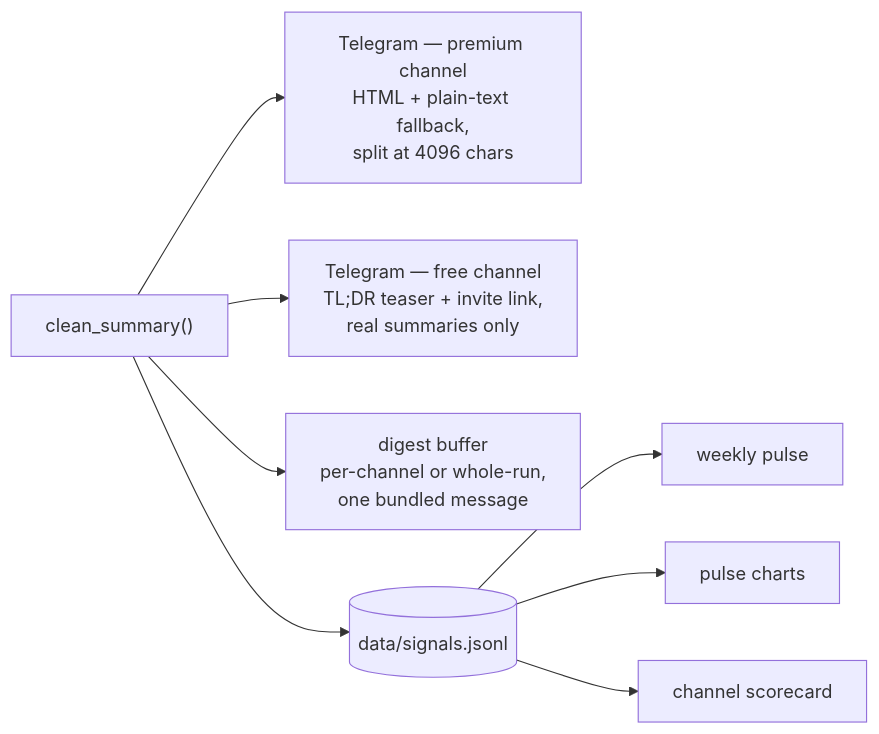
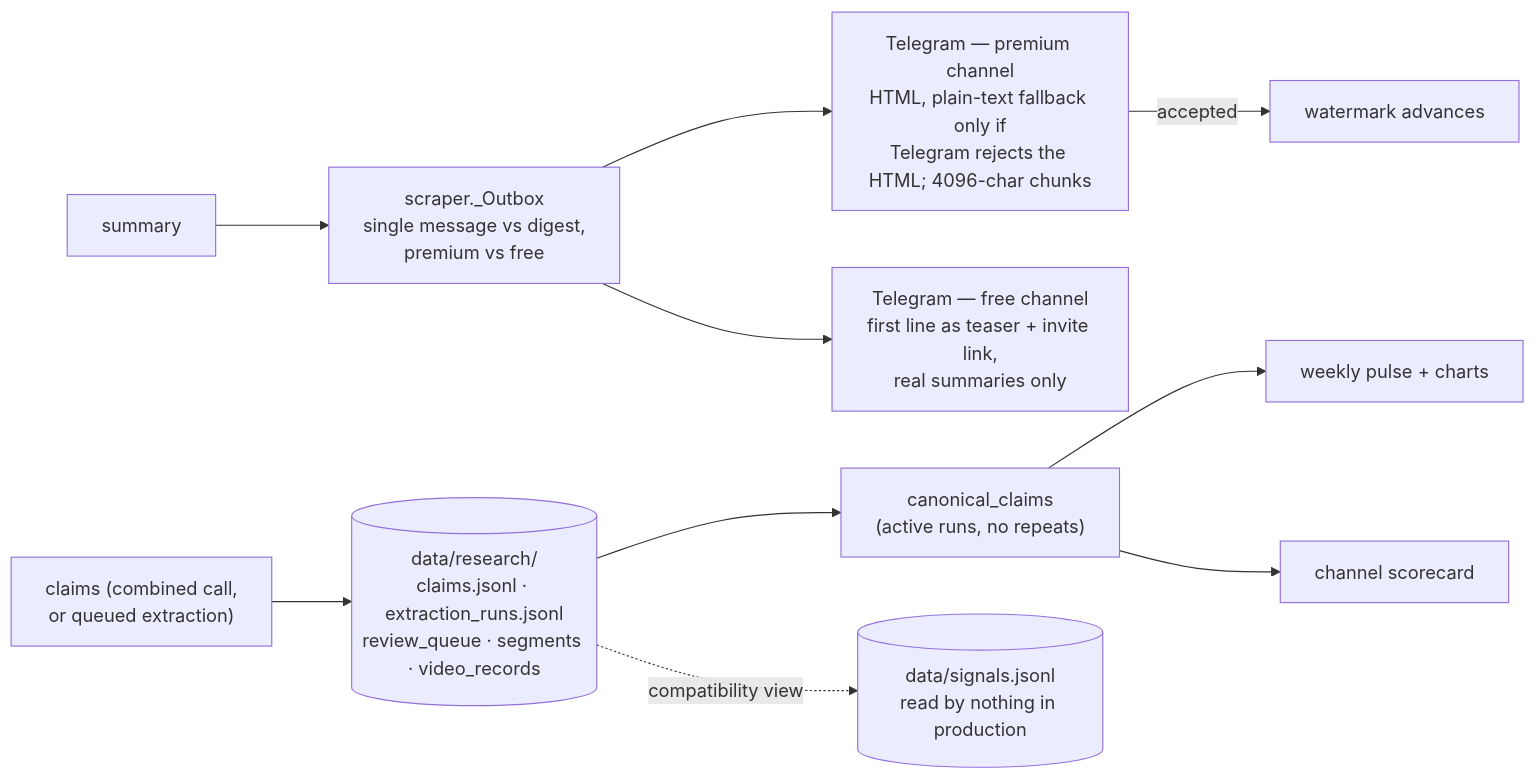
The fourth of 4 diagrams in docs/architecture.md (Oussamawork/YouTubeAutoSummarizer), drawn with Mermaid before and after one commit. The commit also changed other lines of this file, not shown here.

First line of the commit message:
docs: bring the architecture doc up to date with main

````diff
--- a/docs/architecture.md
+++ b/docs/architecture.md
@@ -212,10 +328,12 @@
 ```mermaid
 flowchart LR
-    CS["clean_summary()"] --> P["Telegram — premium channel<br/>HTML + plain-text fallback,<br/>split at 4096 chars"]
-    CS --> F["Telegram — free channel<br/>TL;DR teaser + invite link,<br/>real summaries only"]
-    CS --> D["digest buffer<br/>per-channel or whole-run,<br/>one bundled message"]
-    CS --> SIG[("data/signals.jsonl")]
-    SIG --> W1["weekly pulse"]
-    SIG --> W2["pulse charts"]
-    SIG --> W3["channel scorecard"]
+    SUM["summary"] --> OB["scraper._Outbox<br/>single message vs digest,<br/>premium vs free"]
+    OB --> P["Telegram — premium channel<br/>HTML, plain-text fallback only if<br/>Telegram rejects the HTML; 4096-char chunks"]
+    OB --> F["Telegram — free channel<br/>first line as teaser + invite link,<br/>real summaries only"]
+    P -->|"accepted"| W["watermark advances"]
+    CL["claims (combined call,<br/>or queued extraction)"] --> RS[("data/research/<br/>claims.jsonl · extraction_runs.jsonl<br/>review_queue · segments · video_records")]
+    RS --> CC["canonical_claims<br/>(active runs, no repeats)"]
+    CC --> W1["weekly pulse + charts"]
+    CC --> W2["channel scorecard"]
+    RS -.->|"compatibility view"| SJ[("data/signals.jsonl<br/>read by nothing in production")]
 ```
````
